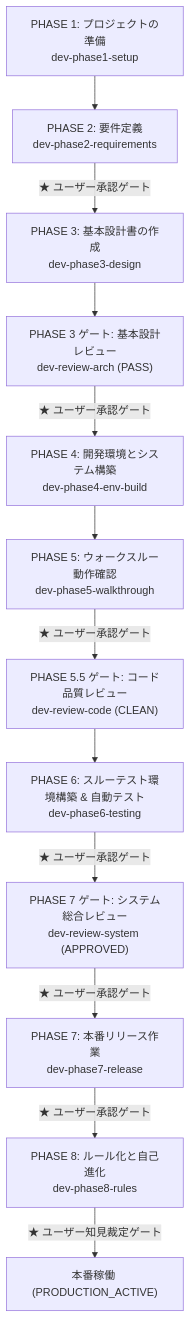
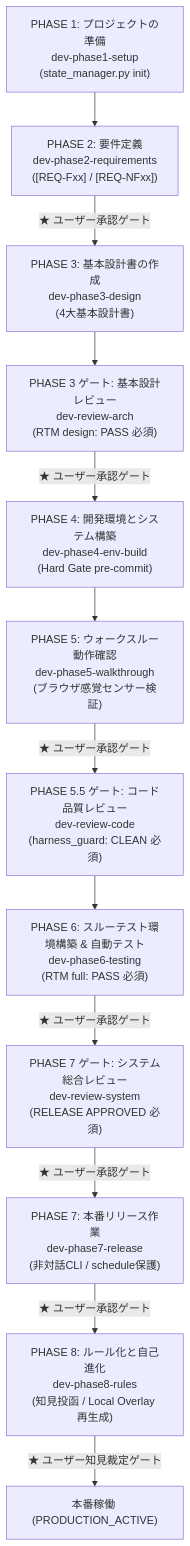
Before and after one commit to LeoPanda/template: the second of 2 diagrams in README.md, drawn with Mermaid. The commit also changed other lines of this file and 72 other files, not shown here.

````diff
--- a/README.md
+++ b/README.md
@@ -213,15 +227,15 @@
 ```mermaid
 flowchart TD
-    P1["PHASE 1: プロジェクトの準備<br/>dev-phase1-setup"] --> P2["PHASE 2: 要件定義<br/>dev-phase2-requirements"]
-    P2 -->|"★ ユーザー承認ゲート"| P3["PHASE 3: 基本設計書の作成<br/>dev-phase3-design"]
-    P3 --> R3["PHASE 3 ゲート: 基本設計レビュー<br/>dev-review-arch (PASS)"]
-    R3 -->|"★ ユーザー承認ゲート"| P4["PHASE 4: 開発環境とシステム構築<br/>dev-phase4-env-build"]
-    P4 --> P5["PHASE 5: ウォークスルー動作確認<br/>dev-phase5-walkthrough"]
-    P5 -->|"★ ユーザー承認ゲート"| R5["PHASE 5.5 ゲート: コード品質レビュー<br/>dev-review-code (CLEAN)"]
-    R5 --> P6["PHASE 6: スルーテスト環境構築 & 自動テスト<br/>dev-phase6-testing"]
-    P6 -->|"★ ユーザー承認ゲート"| R7["PHASE 7 ゲート: システム総合レビュー<br/>dev-review-system (APPROVED)"]
-    P7["PHASE 7: 本番リリース作業<br/>dev-phase7-release"]
+    P1["PHASE 1: プロジェクトの準備<br/>dev-phase1-setup<br/>(state_manager.py init)"] --> P2["PHASE 2: 要件定義<br/>dev-phase2-requirements<br/>([REQ-Fxx] / [REQ-NFxx])"]
+    P2 -->|"★ ユーザー承認ゲート"| P3["PHASE 3: 基本設計書の作成<br/>dev-phase3-design<br/>(4大基本設計書)"]
+    P3 --> R3["PHASE 3 ゲート: 基本設計レビュー<br/>dev-review-arch<br/>(RTM design: PASS 必須)"]
+    R3 -->|"★ ユーザー承認ゲート"| P4["PHASE 4: 開発環境とシステム構築<br/>dev-phase4-env-build<br/>(Hard Gate pre-commit)"]
+    P4 --> P5["PHASE 5: ウォークスルー動作確認<br/>dev-phase5-walkthrough<br/>(ブラウザ感覚センサー検証)"]
+    P5 -->|"★ ユーザー承認ゲート"| R5["PHASE 5.5 ゲート: コード品質レビュー<br/>dev-review-code<br/>(harness_guard: CLEAN 必須)"]
+    R5 --> P6["PHASE 6: スルーテスト環境構築 & 自動テスト<br/>dev-phase6-testing<br/>(RTM full: PASS 必須)"]
+    P6 -->|"★ ユーザー承認ゲート"| R7["PHASE 7 ゲート: システム総合レビュー<br/>dev-review-system<br/>(RELEASE APPROVED 必須)"]
+    P7["PHASE 7: 本番リリース作業<br/>dev-phase7-release<br/>(非対話CLI / schedule保護)"]
     R7 -->|"★ ユーザー承認ゲート"| P7
-    P7 -->|"★ ユーザー承認ゲート"| P8["PHASE 8: ルール化と自己進化<br/>dev-phase8-rules"]
+    P7 -->|"★ ユーザー承認ゲート"| P8["PHASE 8: ルール化と自己進化<br/>dev-phase8-rules<br/>(知見投函 / Local Overlay 再生成)"]
     P8 -->|"★ ユーザー知見裁定ゲート"| ACTIVE["本番稼働 (PRODUCTION_ACTIVE)"]
 ```
````
